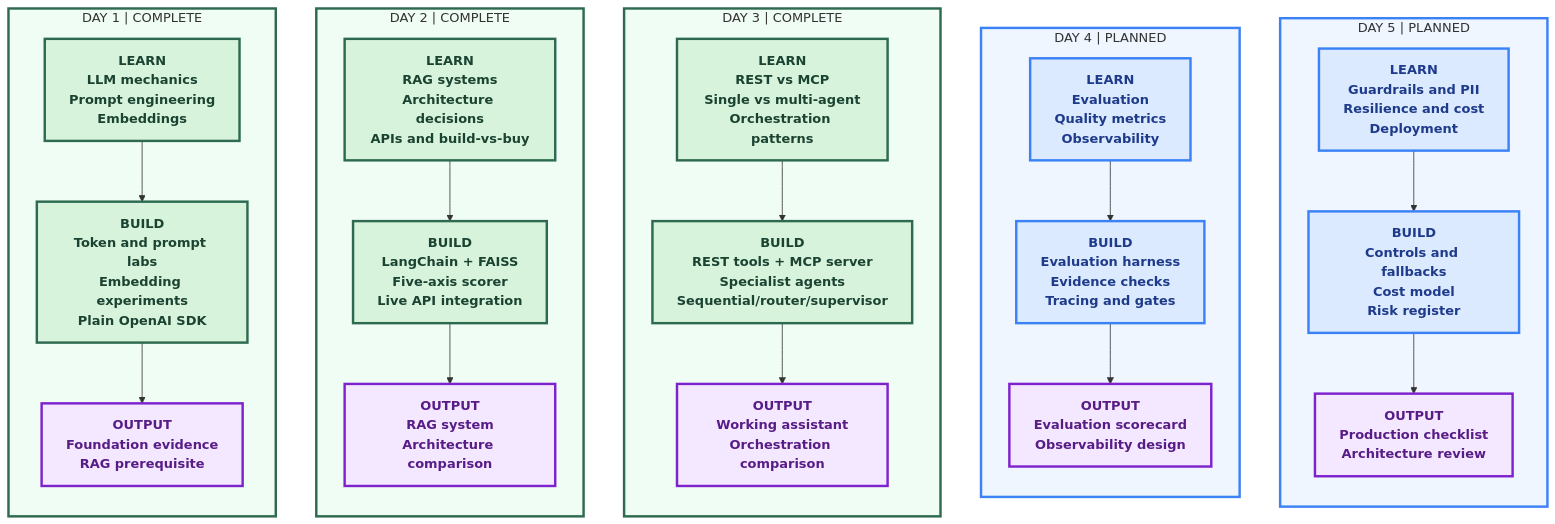
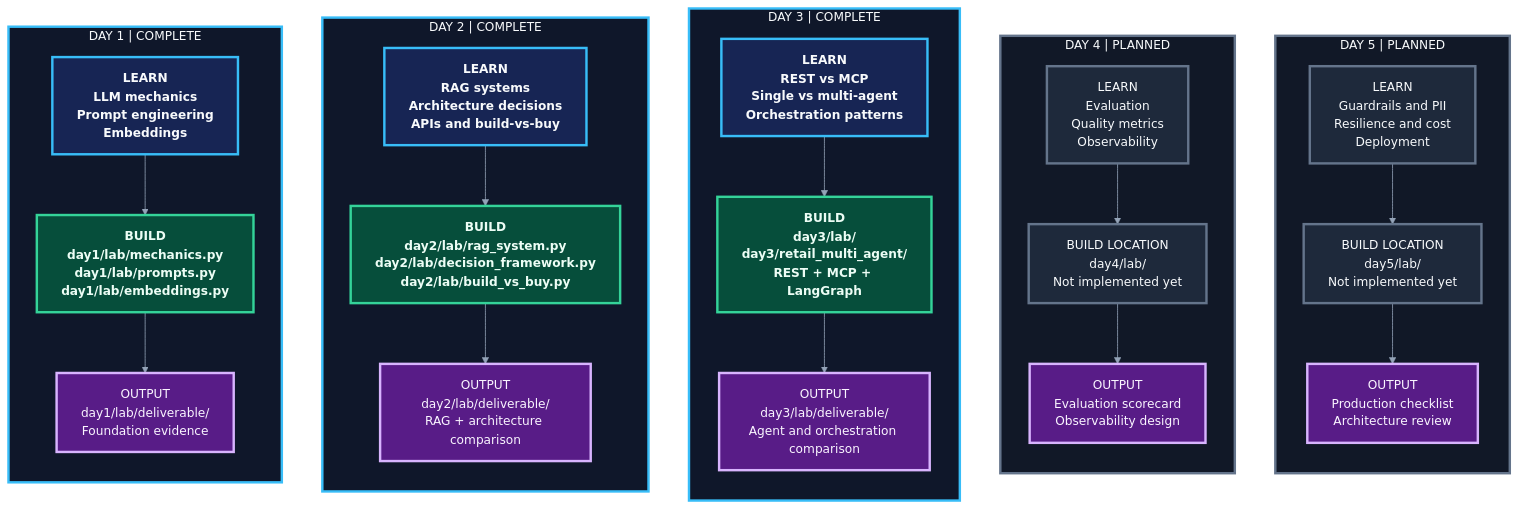
The first of 2 diagrams in README.md (rakeshmatha/advanced-agentic-ai), drawn with Mermaid before and after one commit. The commit also changed other lines of this file, not shown here.

Commit message:
Improve README learning graph with dark theme and implementation paths

````diff
--- a/README.md
+++ b/README.md
@@ -36,43 +34,40 @@
 ```mermaid
+%%{init: {"theme": "base", "themeVariables": {"background": "#0b1120", "primaryTextColor": "#f8fafc", "lineColor": "#94a3b8", "fontFamily": "Arial", "fontSize": "15px"}}}%%
 flowchart LR
     subgraph DAY1["DAY 1 | COMPLETE"]
         direction TB
-        D1T["LEARN\nLLM mechanics\nPrompt engineering\nEmbeddings"] --> D1B["BUILD\nToken and prompt labs\nEmbedding experiments\nPlain OpenAI SDK"] --> D1O["OUTPUT\nFoundation evidence\nRAG prerequisite"]
+        D1T["LEARN<br/>LLM mechanics<br/>Prompt engineering<br/>Embeddings"] --> D1B["BUILD<br/>day1/lab/mechanics.py<br/>day1/lab/prompts.py<br/>day1/lab/embeddings.py"] --> D1O["OUTPUT<br/>day1/lab/deliverable/<br/>Foundation evidence"]
     end
-
     subgraph DAY2["DAY 2 | COMPLETE"]
         direction TB
-        D2T["LEARN\nRAG systems\nArchitecture decisions\nAPIs and build-vs-buy"] --> D2B["BUILD\nLangChain + FAISS\nFive-axis scorer\nLive API integration"] --> D2O["OUTPUT\nRAG system\nArchitecture comparison"]
+        D2T["LEARN<br/>RAG systems<br/>Architecture decisions<br/>APIs and build-vs-buy"] --> D2B["BUILD<br/>day2/lab/rag_system.py<br/>day2/lab/decision_framework.py<br/>day2/lab/build_vs_buy.py"] --> D2O["OUTPUT<br/>day2/lab/deliverable/<br/>RAG + architecture comparison"]
     end
-
     subgraph DAY3["DAY 3 | COMPLETE"]
         direction TB
-        D3T["LEARN\nREST vs MCP\nSingle vs multi-agent\nOrchestration patterns"] --> D3B["BUILD\nREST tools + MCP server\nSpecialist agents\nSequential/router/supervisor"] --> D3O["OUTPUT\nWorking assistant\nOrchestration comparison"]
+        D3T["LEARN<br/>REST vs MCP<br/>Single vs multi-agent<br/>Orchestration patterns"] --> D3B["BUILD<br/>day3/lab/<br/>day3/retail_multi_agent/<br/>REST + MCP + LangGraph"] --> D3O["OUTPUT<br/>day3/lab/deliverable/<br/>Agent and orchestration comparison"]
     end
-
     subgraph DAY4["DAY 4 | PLANNED"]
         direction TB
-        D4T["LEARN\nEvaluation\nQuality metrics\nObservability"] --> D4B["BUILD\nEvaluation harness\nEvidence checks\nTracing and gates"] --> D4O["OUTPUT\nEvaluation scorecard\nObservability design"]
+        D4T["LEARN<br/>Evaluation<br/>Quality metrics<br/>Observability"] --> D4B["BUILD LOCATION<br/>day4/lab/<br/>Not implemented yet"] --> D4O["OUTPUT<br/>Evaluation scorecard<br/>Observability design"]
     end
-
     subgraph DAY5["DAY 5 | PLANNED"]
         direction TB
-        D5T["LEARN\nGuardrails and PII\nResilience and cost\nDeployment"] --> D5B["BUILD\nControls and fallbacks\nCost model\nRisk register"] --> D5O["OUTPUT\nProduction checklist\nArchitecture review"]
+        D5T["LEARN<br/>Guardrails and PII<br/>Resilience and cost<br/>Deployment"] --> D5B["BUILD LOCATION<br/>day5/lab/<br/>Not implemented yet"] --> D5O["OUTPUT<br/>Production checklist<br/>Architecture review"]
     end
 
     DAY1 ~~~ DAY2 ~~~ DAY3 ~~~ DAY4 ~~~ DAY5
 
-    classDef complete fill:#d8f3dc,stroke:#2d6a4f,color:#1b4332,stroke-width:3px,font-weight:bold
-    classDef planned fill:#dbeafe,stroke:#3b82f6,color:#1e3a8a,stroke-width:3px,font-weight:bold
-    classDef deliverable fill:#f3e8ff,stroke:#7e22ce,color:#581c87,stroke-width:3px,font-weight:bold
-
-    class D1T,D1B,D2T,D2B,D3T,D3B complete
+    classDef complete fill:#172554,stroke:#38bdf8,color:#f8fafc,stroke-width:3px,font-weight:bold
+    classDef planned fill:#1e293b,stroke:#64748b,color:#f8fafc,stroke-width:3px
+    classDef build fill:#064e3b,stroke:#34d399,color:#ecfdf5,stroke-width:3px,font-weight:bold
+    classDef deliverable fill:#581c87,stroke:#d8b4fe,color:#faf5ff,stroke-width:3px
+    class D1T,D2T,D3T complete
+    class D1B,D2B,D3B build
     class D1O,D2O,D3O,D4O,D5O deliverable
     class D4T,D4B,D5T,D5B planned
-
-    style DAY1 fill:#f0fdf4,stroke:#2d6a4f,stroke-width:3px
-    style DAY2 fill:#f0fdf4,stroke:#2d6a4f,stroke-width:3px
-    style DAY3 fill:#f0fdf4,stroke:#2d6a4f,stroke-width:3px
-    style DAY4 fill:#eff6ff,stroke:#3b82f6,stroke-width:3px
-    style DAY5 fill:#eff6ff,stroke:#3b82f6,stroke-width:3px
+    style DAY1 fill:#0f172a,stroke:#38bdf8,stroke-width:3px,color:#f8fafc
+    style DAY2 fill:#0f172a,stroke:#38bdf8,stroke-width:3px,color:#f8fafc
+    style DAY3 fill:#0f172a,stroke:#38bdf8,stroke-width:3px,color:#f8fafc
+    style DAY4 fill:#111827,stroke:#64748b,stroke-width:3px,color:#f8fafc
+    style DAY5 fill:#111827,stroke:#64748b,stroke-width:3px,color:#f8fafc
 ```
````
